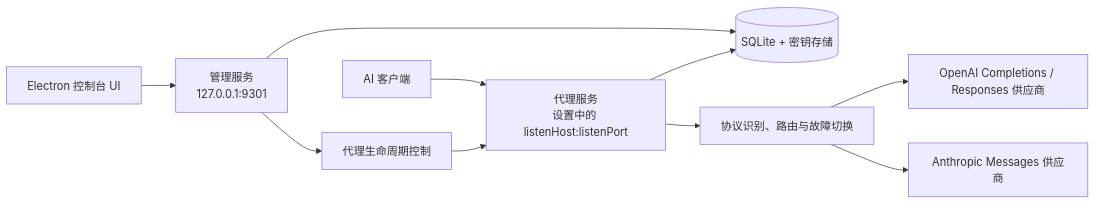
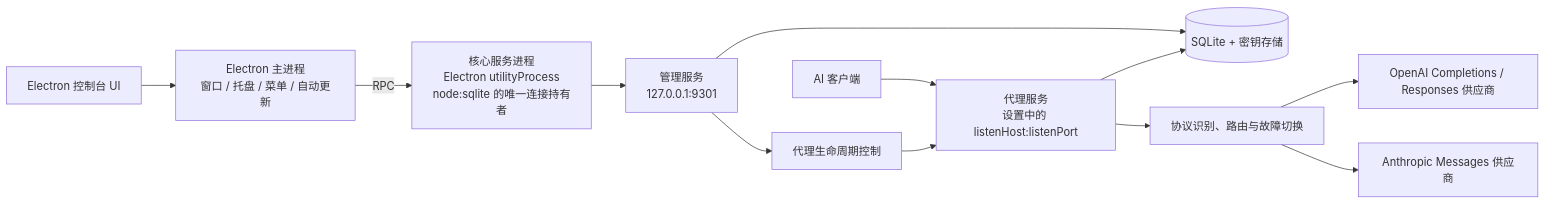
The diagram in docs/product/architecture.md (IdleHuang/one-switch), drawn with Mermaid before and after one commit. The commit also changed other lines of this file and 25 other files, not shown here.

````diff
--- a/docs/product/architecture.md
+++ b/docs/product/architecture.md
@@ -5,13 +5,15 @@
 ```mermaid
 flowchart LR
-   UI[Electron 控制台 UI] --> Management[管理服务<br/>127.0.0.1:9301]
+   UI[Electron 控制台 UI] --> Host[Electron 主进程<br/>窗口 / 托盘 / 菜单 / 自动更新]
+   Host -->|RPC| Service[核心服务进程<br/>Electron utilityProcess<br/>node:sqlite 的唯一连接持有者]
+   Service --> Management[管理服务<br/>127.0.0.1:9301]
    Management --> Store[(SQLite + 密钥存储)]
    Management --> Lifecycle[代理生命周期控制]
 
    Client[AI 客户端] --> Proxy[代理服务<br/>设置中的 listenHost:listenPort]
    Lifecycle --> Proxy
    Proxy --> Store
    Proxy --> Router[协议识别、路由与故障切换]
    Router --> OpenAI[OpenAI Completions / Responses 供应商]
    Router --> Anthropic[Anthropic Messages 供应商]
 ```
````
